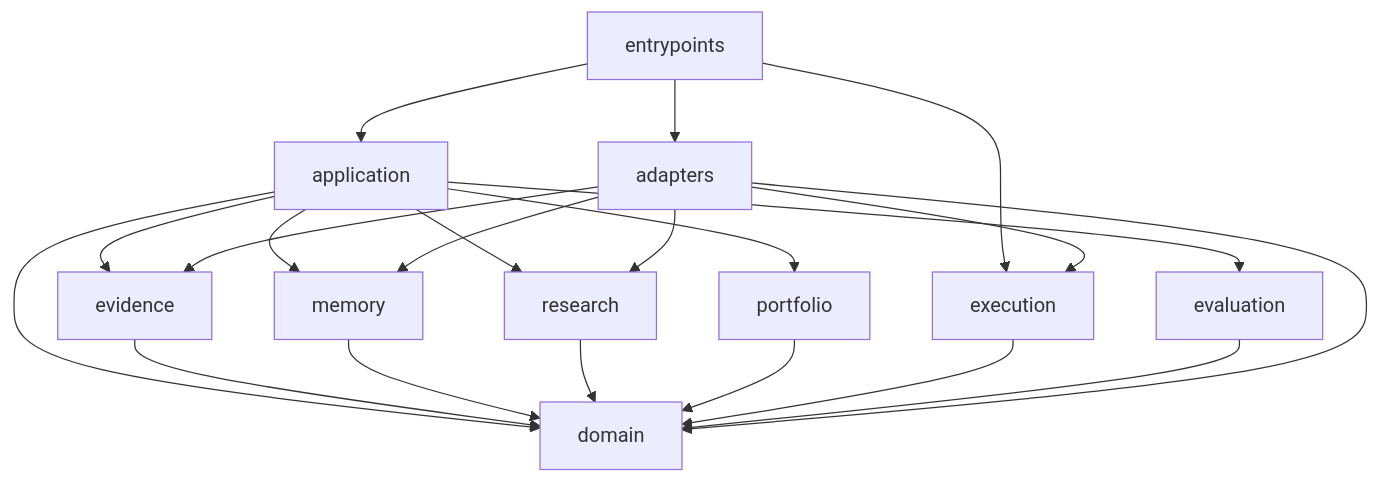
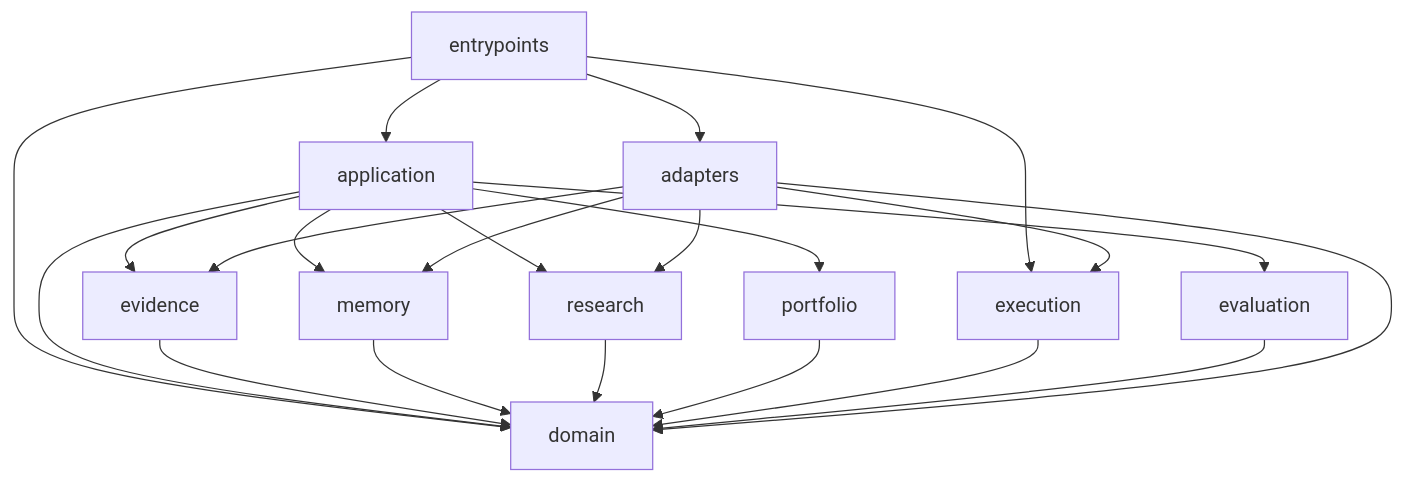
The diagram in docs/module-graph.md (investlink-ai/agentic_investment_os), drawn with Mermaid before and after one commit. The commit also changed other lines of this file and 31 other files, not shown here.

````diff
--- a/docs/module-graph.md
+++ b/docs/module-graph.md
@@ -14,26 +14,27 @@
 ```mermaid
 flowchart TD
     entrypoints --> application
+    entrypoints --> domain
     entrypoints --> execution
     entrypoints --> adapters
 
     application --> evidence
     application --> memory
     application --> research
     application --> portfolio
     application --> evaluation
     application --> domain
 
     evidence --> domain
     memory --> domain
     research --> domain
     portfolio --> domain
     execution --> domain
     evaluation --> domain
 
     adapters --> domain
     adapters --> evidence
     adapters --> memory
     adapters --> research
     adapters --> execution
 ```
````
